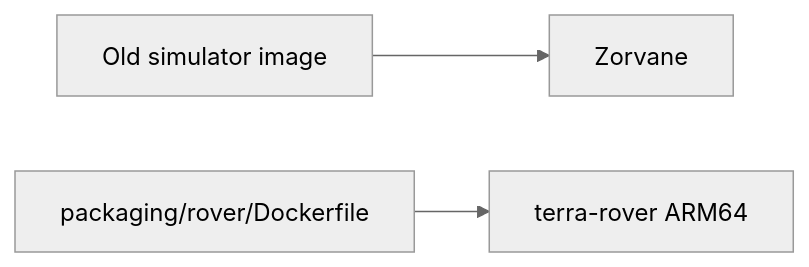
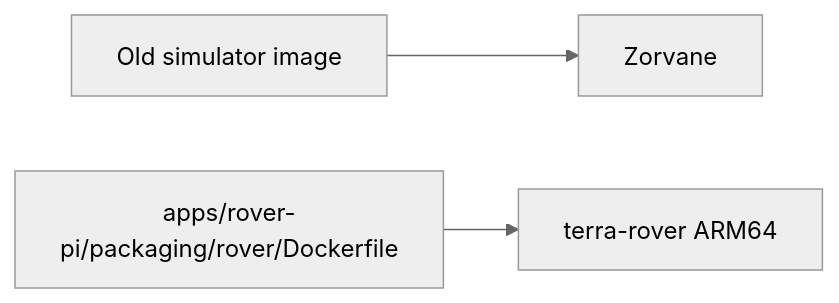
One commit to Super-Yojan/Terra changed the diagram in docs/DOCKER.md. Above: the diagram before and after it, drawn with Mermaid (neutral theme). The commit also changed 282 other files, not shown here.

````diff
--- a/docs/DOCKER.md
+++ b/docs/DOCKER.md
@@ -8,5 +8,5 @@
 ```mermaid
 flowchart LR
   Old[Old simulator image] --> Z[Zorvane]
-  Here[packaging/rover/Dockerfile] --> Pi[terra-rover ARM64]
+  Here[apps/rover-pi/packaging/rover/Dockerfile] --> Pi[terra-rover ARM64]
 ```
````
